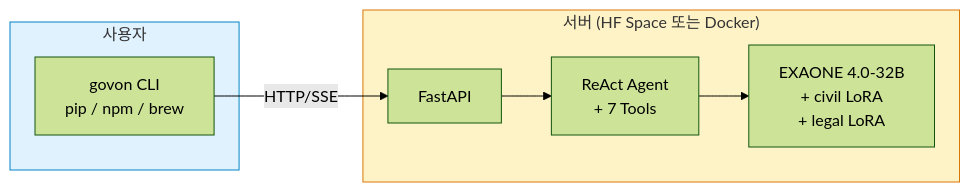
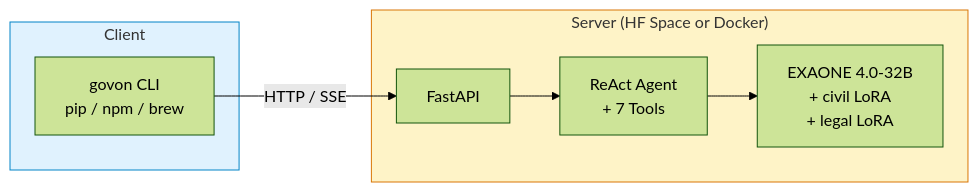
Before and after one commit to ondevice-ai-civil/ondevice-ai-civil-complaint: the diagram in README.md, drawn with Mermaid (forest theme). The commit also changed other lines of this file, not shown here.

````diff
--- a/README.md
+++ b/README.md
@@ -187,17 +146,17 @@
 ```mermaid
 graph LR
-    subgraph Client ["사용자"]
+    subgraph Client
         CLI["govon CLI<br/>pip / npm / brew"]
     end
 
-    subgraph Server ["서버 (HF Space 또는 Docker)"]
+    subgraph Server ["Server (HF Space or Docker)"]
         API["FastAPI"]
         AGENT["ReAct Agent<br/>+ 7 Tools"]
         LLM["EXAONE 4.0-32B<br/>+ civil LoRA<br/>+ legal LoRA"]
     end
 
-    CLI -- "HTTP/SSE" --> API --> AGENT --> LLM
+    CLI -- "HTTP / SSE" --> API --> AGENT --> LLM
 
     style Client fill:#e0f2fe,stroke:#0284c7
     style Server fill:#fef3c7,stroke:#d97706
 ```
````
